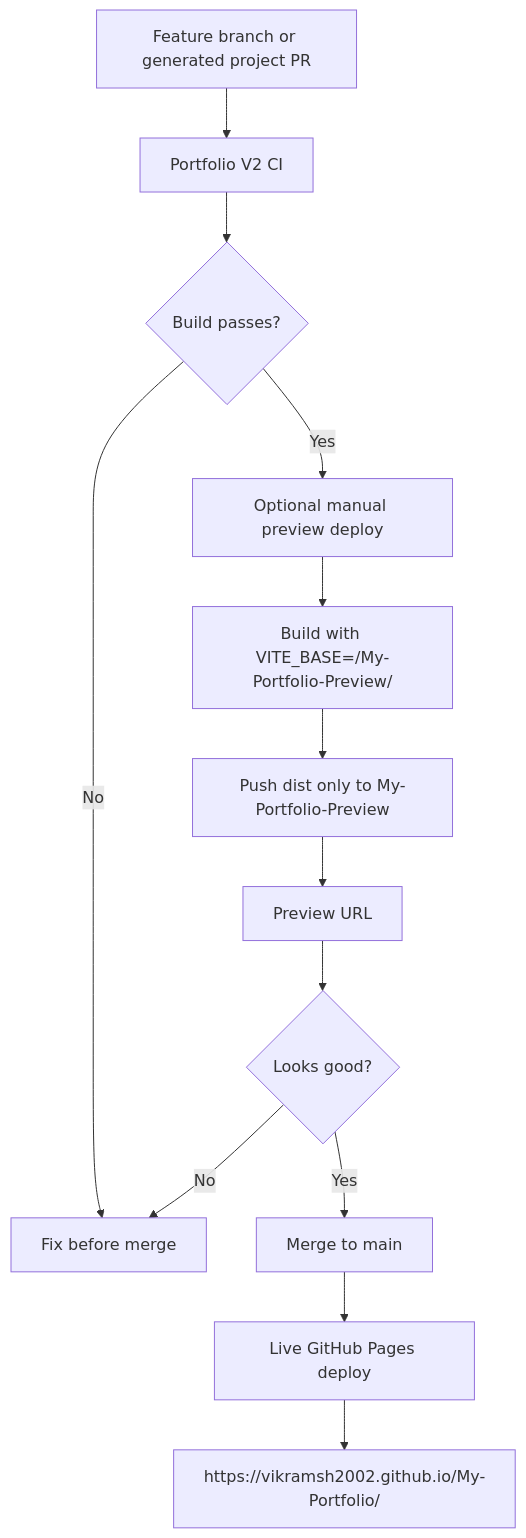
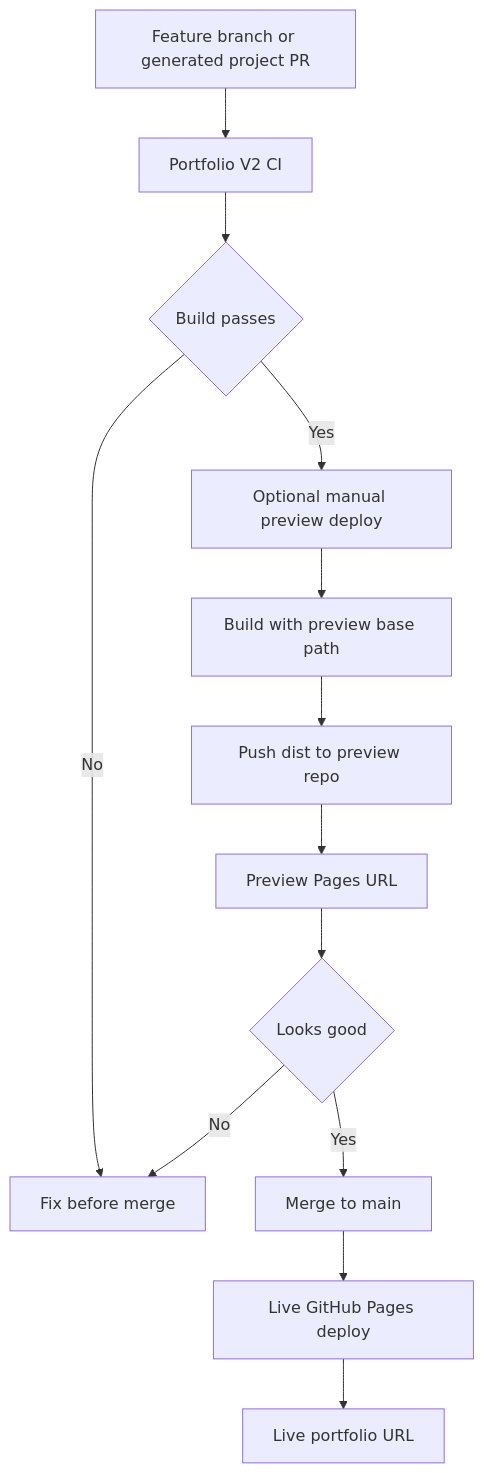
The second of 2 diagrams in README.md (vikramsh2002/My-Portfolio), drawn with Mermaid before and after one commit. The commit also changed other lines of this file, not shown here.

Commit message:
Fix README workflow diagram rendering

````diff
--- a/README.md
+++ b/README.md
@@ -43,15 +43,15 @@
 ```mermaid
 flowchart TD
     A["Feature branch or generated project PR"] --> B["Portfolio V2 CI"]
-    B --> C{"Build passes?"}
-    C -- "No" --> D["Fix before merge"]
-    C -- "Yes" --> E["Optional manual preview deploy"]
-    E --> F["Build with VITE_BASE=/My-Portfolio-Preview/"]
-    F --> G["Push dist only to My-Portfolio-Preview"]
-    G --> H["Preview URL"]
-    H --> I{"Looks good?"}
-    I -- "No" --> D
-    I -- "Yes" --> J["Merge to main"]
+    B --> C{"Build passes"}
+    C -->|No| D["Fix before merge"]
+    C -->|Yes| E["Optional manual preview deploy"]
+    E --> F["Build with preview base path"]
+    F --> G["Push dist to preview repo"]
+    G --> H["Preview Pages URL"]
+    H --> I{"Looks good"}
+    I -->|No| D
+    I -->|Yes| J["Merge to main"]
     J --> K["Live GitHub Pages deploy"]
-    K --> L["https://vikramsh2002.github.io/My-Portfolio/"]
+    K --> L["Live portfolio URL"]
 ```
````
